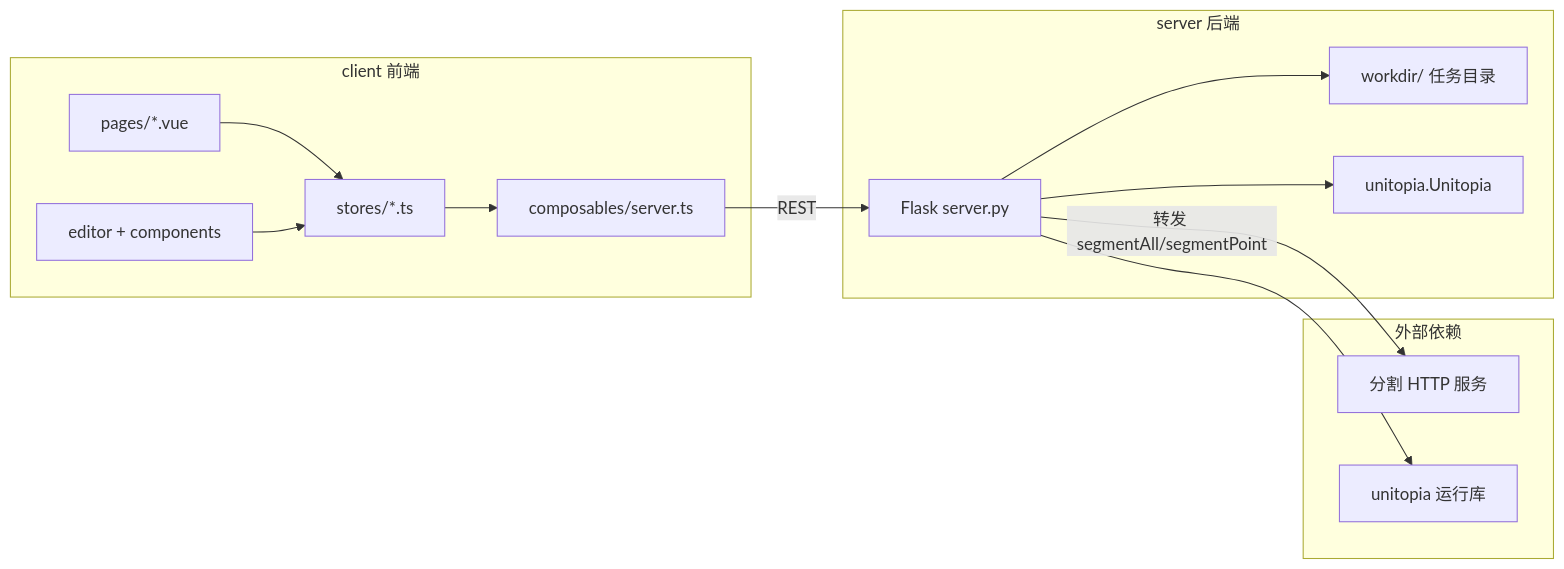
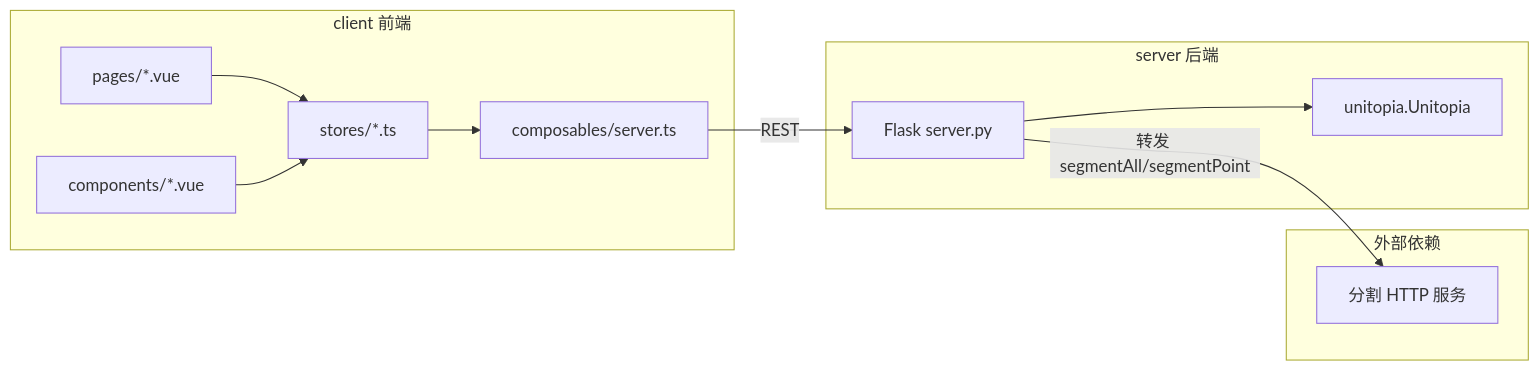
Before and after one commit to fxh803/UnitoPia: the diagram in README.md, drawn with Mermaid.

Commit message:
更新图表

````diff
--- a/README.md
+++ b/README.md
@@ -20,26 +20,22 @@
 ```mermaid
 flowchart LR
   subgraph client [client 前端]
     Pages["pages/*.vue"]
     Stores["stores/*.ts"]
-    Editor["editor + components"]
+    Components["components/*.vue"]
     ServerTs["composables/server.ts"]
     Pages --> Stores
-    Editor --> Stores
+    Components --> Stores
     Stores --> ServerTs
   end
   subgraph server [server 后端]
-    Flask["Flask server.py"]
-    Workdir["workdir/ 任务目录"]
-    Lib["unitopia.Unitopia"]
-    Flask --> Workdir
+    Flask["Flask server.py"] 
+    Lib["unitopia.Unitopia"] 
     Flask --> Lib
   end
   subgraph external [外部依赖]
-    SegAPI["分割 HTTP 服务"]
-    UnitopiaLib["unitopia 运行库"]
+    SegAPI["分割 HTTP 服务"] 
   end
-  ServerTs -->|REST| Flask
-  Flask --> UnitopiaLib
+  ServerTs -->|REST| Flask 
   Flask -->|转发 segmentAll/segmentPoint| SegAPI
 ```
````
